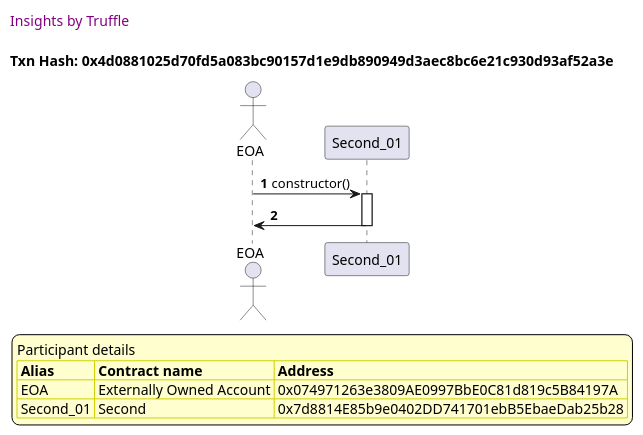
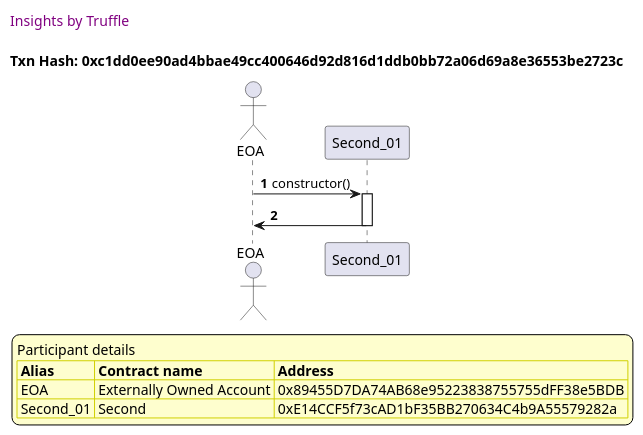
One commit to trufflesuite/txlog-seedlings changed the first of 8 diagrams in truffle-seq/basics.md. Above: the diagram before and after it, drawn with PlantUML. The commit also changed other lines of this file and 8 other files, not shown here.

````diff
--- a/truffle-seq/basics.md
+++ b/truffle-seq/basics.md
@@ -13,37 +13,37 @@
 ```plantuml
 
 
 @startuml
 
 autonumber
 skinparam legendBackgroundColor #FEFECE
 
 <style>
       header {
         HorizontalAlignment left
         FontColor purple
         FontSize 14
         Padding 10
       }
     </style>
 
 header Insights by Truffle
 
-title Txn Hash: 0x4d0881025d70fd5a083bc90157d1e9db890949d3aec8bc6e21c930d93af52a3e
+title Txn Hash: 0xc1dd0ee90ad4bbae49cc400646d92d816d1ddb0bb72a06d69a8e36553be2723c
 
 
 actor EOA as "EOA"
 participant Second_01 as "Second_01"
 
 "EOA" -> "Second_01" ++: constructor()
 "Second_01" -> "EOA" --: 
 
 legend
 Participant details
 <#FEFECE,#D0D000>|= Alias |= Contract name |= Address |
-<#FEFECE>| EOA | Externally Owned Account | 0x074971263e3809AE0997BbE0C81d819c5B84197A |
-<#FEFECE>| Second_01 | Second | 0x7d8814E85b9e0402DD741701ebB5EbaeDab25b28 |
+<#FEFECE>| EOA | Externally Owned Account | 0x89455D7DA74AB68e95223838755755dFF38e5BDB |
+<#FEFECE>| Second_01 | Second | 0xE14CCF5f73cAD1bF35BB270634C4b9A55579282a |
 endlegend
 
 @enduml
 ```
````
